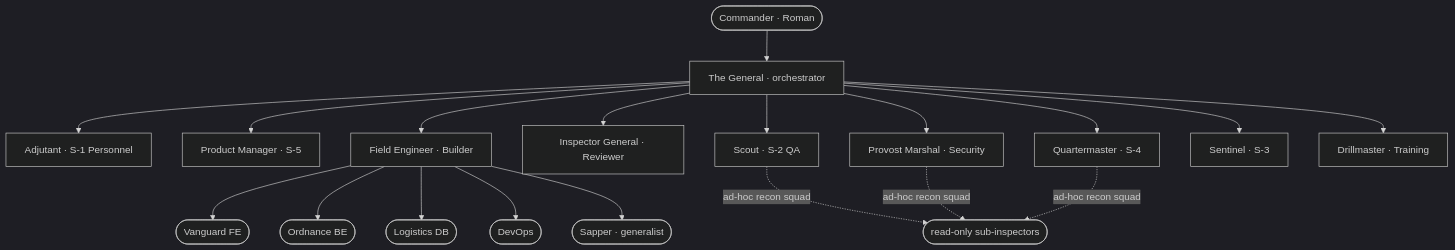
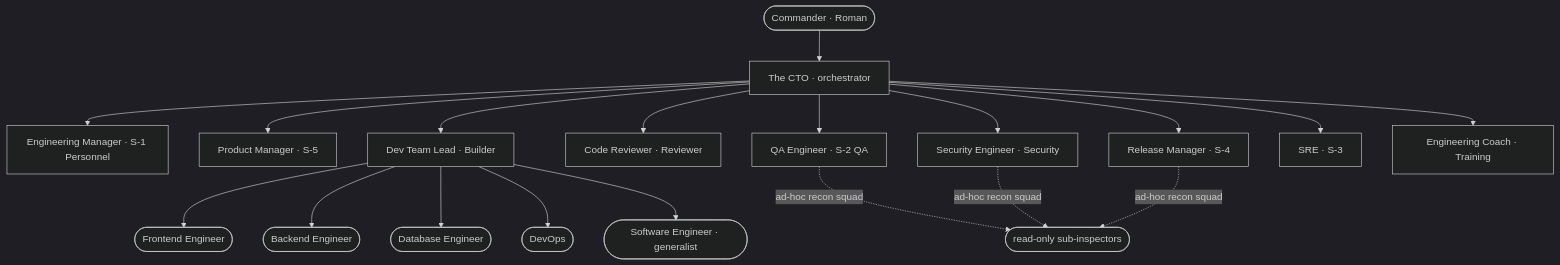
The first of 3 diagrams in Documentation/SYSTEM_OVERVIEW.md (roman-berlin/Elite-Squad), drawn with Mermaid (dark theme) before and after one commit. The commit also changed other lines of this file, not shown here.

````diff
--- a/Documentation/SYSTEM_OVERVIEW.md
+++ b/Documentation/SYSTEM_OVERVIEW.md
@@ -91,21 +91,21 @@
 ```mermaid
 flowchart TD
-  C(["Commander · Roman"]) --> G["The General · orchestrator"]
-  G --> ADJ["Adjutant · S-1 Personnel"]
+  C(["Commander · Roman"]) --> G["The CTO · orchestrator"]
+  G --> ADJ["Engineering Manager · S-1 Personnel"]
   G --> PM["Product Manager · S-5"]
-  G --> FE["Field Engineer · Builder"]
-  G --> IG["Inspector General · Reviewer"]
-  G --> SC["Scout · S-2 QA"]
-  G --> PR["Provost Marshal · Security"]
-  G --> QM["Quartermaster · S-4"]
-  G --> SN["Sentinel · S-3"]
-  G --> DM["Drillmaster · Training"]
-  FE --> F1(["Vanguard FE"])
-  FE --> F2(["Ordnance BE"])
-  FE --> F3(["Logistics DB"])
+  G --> FE["Dev Team Lead · Builder"]
+  G --> IG["Code Reviewer · Reviewer"]
+  G --> SC["QA Engineer · S-2 QA"]
+  G --> PR["Security Engineer · Security"]
+  G --> QM["Release Manager · S-4"]
+  G --> SN["SRE · S-3"]
+  G --> DM["Engineering Coach · Training"]
+  FE --> F1(["Frontend Engineer"])
+  FE --> F2(["Backend Engineer"])
+  FE --> F3(["Database Engineer"])
   FE --> F4(["DevOps"])
-  FE --> F5(["Sapper · generalist"])
+  FE --> F5(["Software Engineer · generalist"])
   SC -.->|"ad-hoc recon squad"| R1(["read-only sub-inspectors"])
   PR -.->|"ad-hoc recon squad"| R1
   QM -.->|"ad-hoc recon squad"| R1
 ```
````
